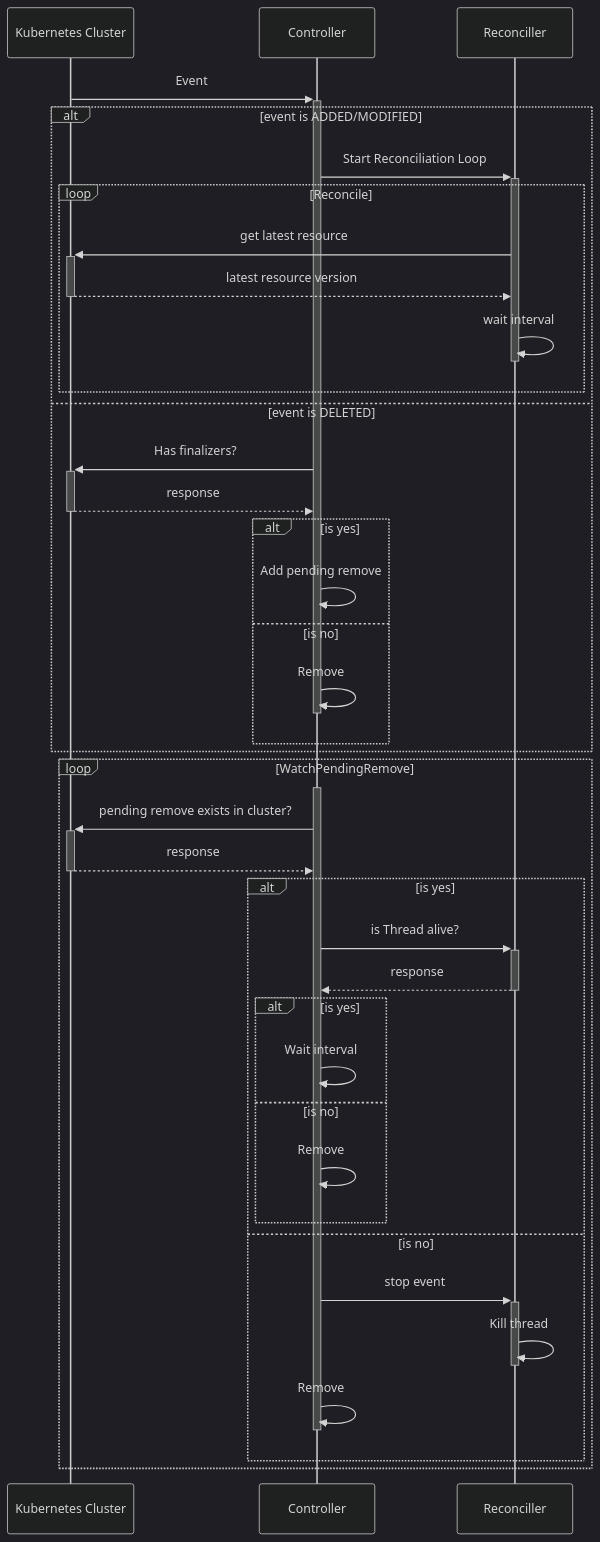
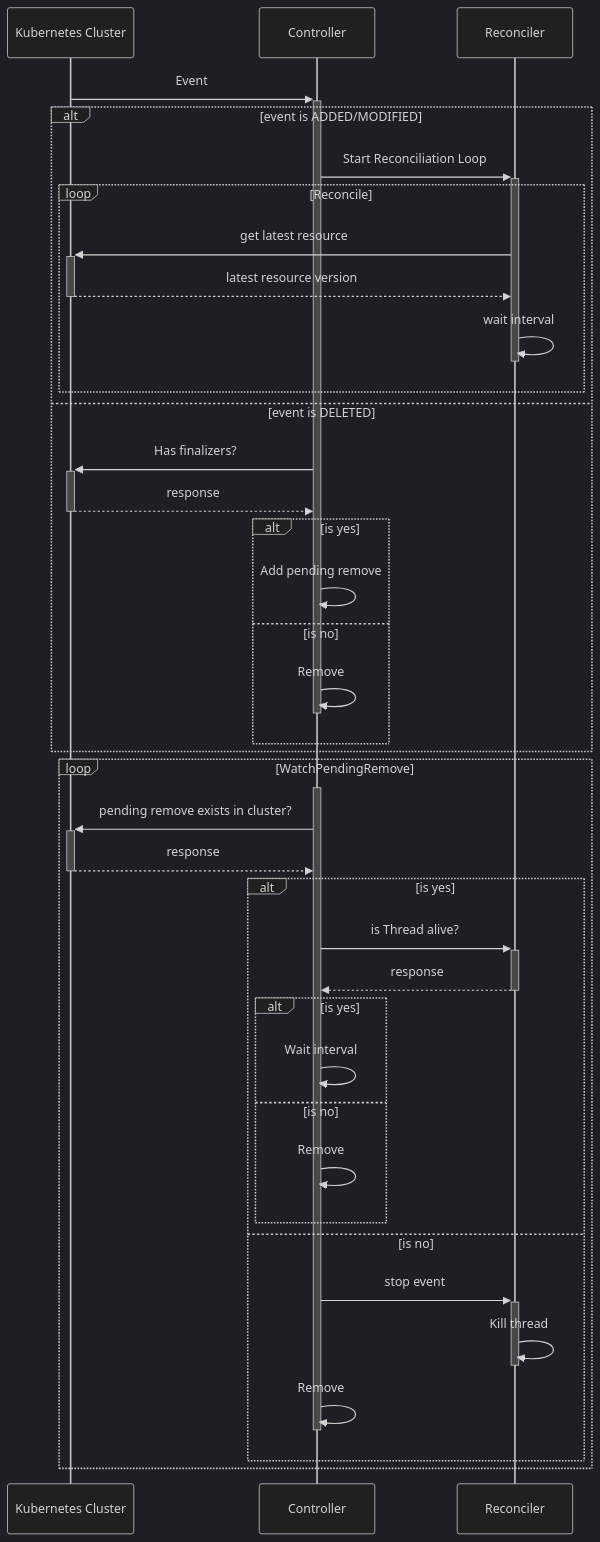
Before and after one commit to jedwards94/kuroboros: the second of 2 diagrams in README.MD, drawn with Mermaid (dark theme). The commit also changed other lines of this file and 8 other files, not shown here.

````diff
--- a/README.MD
+++ b/README.MD
@@ -46,40 +53,39 @@
 ```mermaid
 sequenceDiagram
 Kubernetes Cluster->>+Controller:  Event
 alt event is ADDED/MODIFIED
-Controller->>+Reconciller: Start Reconciliation Loop
+Controller->>+Reconciler: Start Reconciliation Loop
 loop Reconcile
-    Reconciller->>+Kubernetes Cluster: get latest resource
-    Kubernetes Cluster-->>-Reconciller: latest resource version
-    Reconciller->>-Reconciller: wait interval
+    Reconciler->>+Kubernetes Cluster: get latest resource
+    Kubernetes Cluster-->>-Reconciler: latest resource version
+    Reconciler->>-Reconciler: wait interval
 end
 else event is DELETED
 Controller->>+Kubernetes Cluster: Has finalizers?
 Kubernetes Cluster-->>-Controller: response
 alt is yes
 Controller->>Controller: Add pending remove
 else is no
 Controller->>-Controller: Remove
 end
 end
 
-
 loop WatchPendingRemove
 activate Controller
 Controller->>+Kubernetes Cluster: pending remove exists in cluster?
 Kubernetes Cluster-->>-Controller: response
 alt is yes
-    Controller->>+Reconciller: is Thread alive?
-    Reconciller-->>-Controller: response
+    Controller->>+Reconciler: is Thread alive?
+    Reconciler-->>-Controller: response
     alt is yes
         Controller->>Controller: Wait interval
     else is no
     Controller->>Controller: Remove
     end
 else is no
-Controller->>+Reconciller: stop event
-Reconciller->>-Reconciller: Kill thread
+Controller->>+Reconciler: stop event
+Reconciler->>-Reconciler: Kill thread
 Controller->>-Controller: Remove
 end
 end
 ```
````
